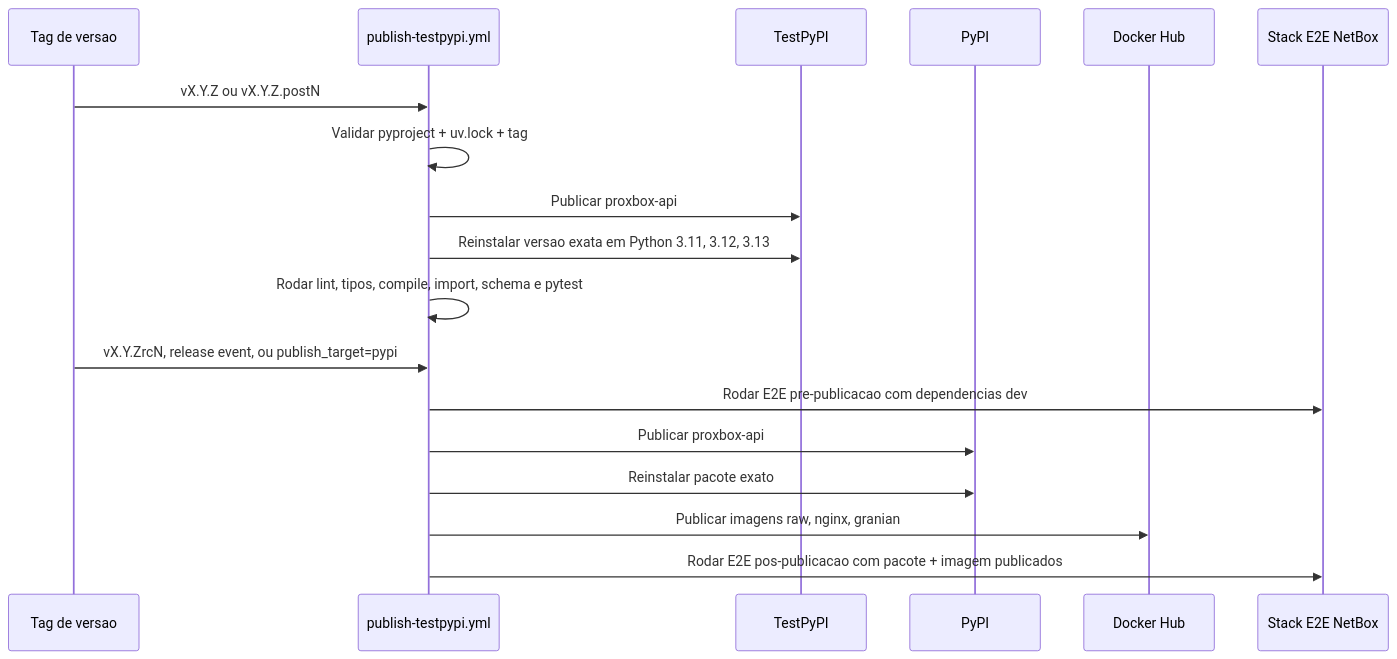
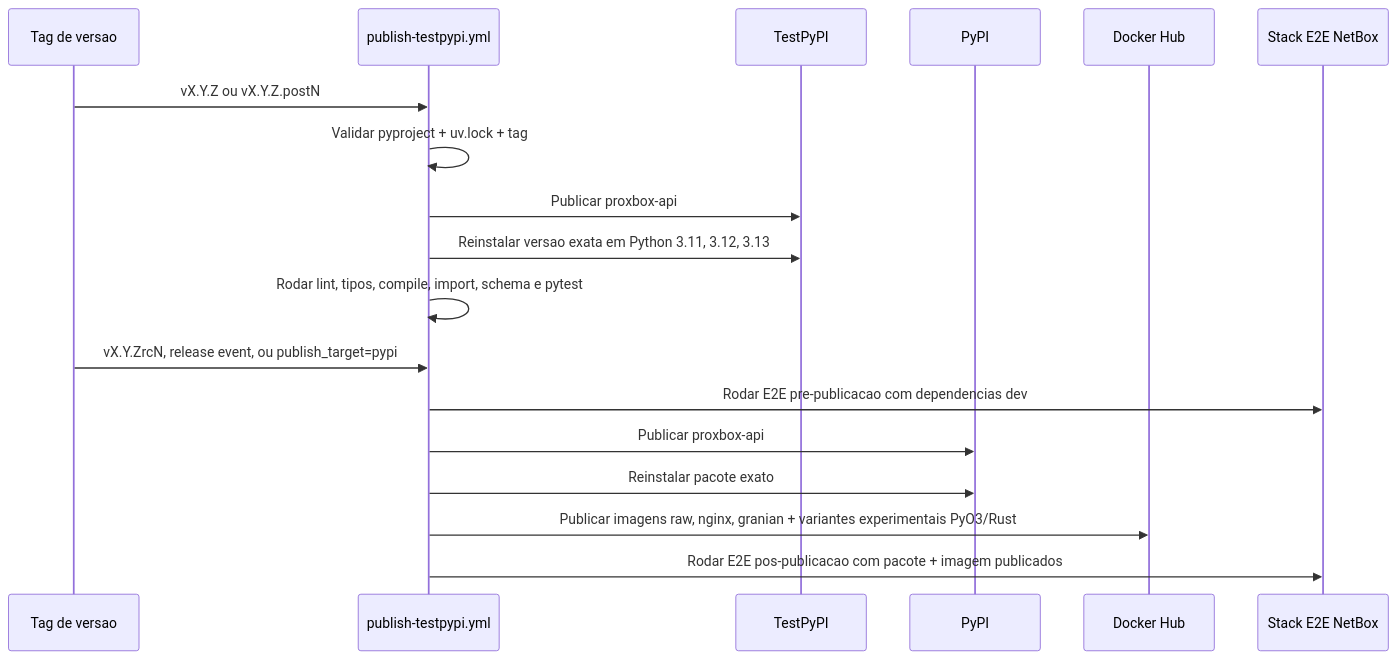
The third of 3 diagrams in docs/pt-BR/development/ci-e2e-workflows.md (emersonfelipesp/proxbox-api), drawn with Mermaid before and after one commit. The commit also changed other lines of this file and 11 other files, not shown here.

````diff
--- a/docs/pt-BR/development/ci-e2e-workflows.md
+++ b/docs/pt-BR/development/ci-e2e-workflows.md
@@ -86,22 +86,22 @@
 ```mermaid
 sequenceDiagram
     participant Tag as Tag de versao
     participant WF as publish-testpypi.yml
     participant TP as TestPyPI
     participant PY as PyPI
     participant DH as Docker Hub
     participant E2E as Stack E2E NetBox
 
     Tag->>WF: vX.Y.Z ou vX.Y.Z.postN
     WF->>WF: Validar pyproject + uv.lock + tag
     WF->>TP: Publicar proxbox-api
     WF->>TP: Reinstalar versao exata em Python 3.11, 3.12, 3.13
     WF->>WF: Rodar lint, tipos, compile, import, schema e pytest
 
     Tag->>WF: vX.Y.ZrcN, release event, ou publish_target=pypi
     WF->>E2E: Rodar E2E pre-publicacao com dependencias dev
     WF->>PY: Publicar proxbox-api
     WF->>PY: Reinstalar pacote exato
-    WF->>DH: Publicar imagens raw, nginx, granian
+    WF->>DH: Publicar imagens raw, nginx, granian + variantes experimentais PyO3/Rust
     WF->>E2E: Rodar E2E pos-publicacao com pacote + imagem publicados
 ```
````
